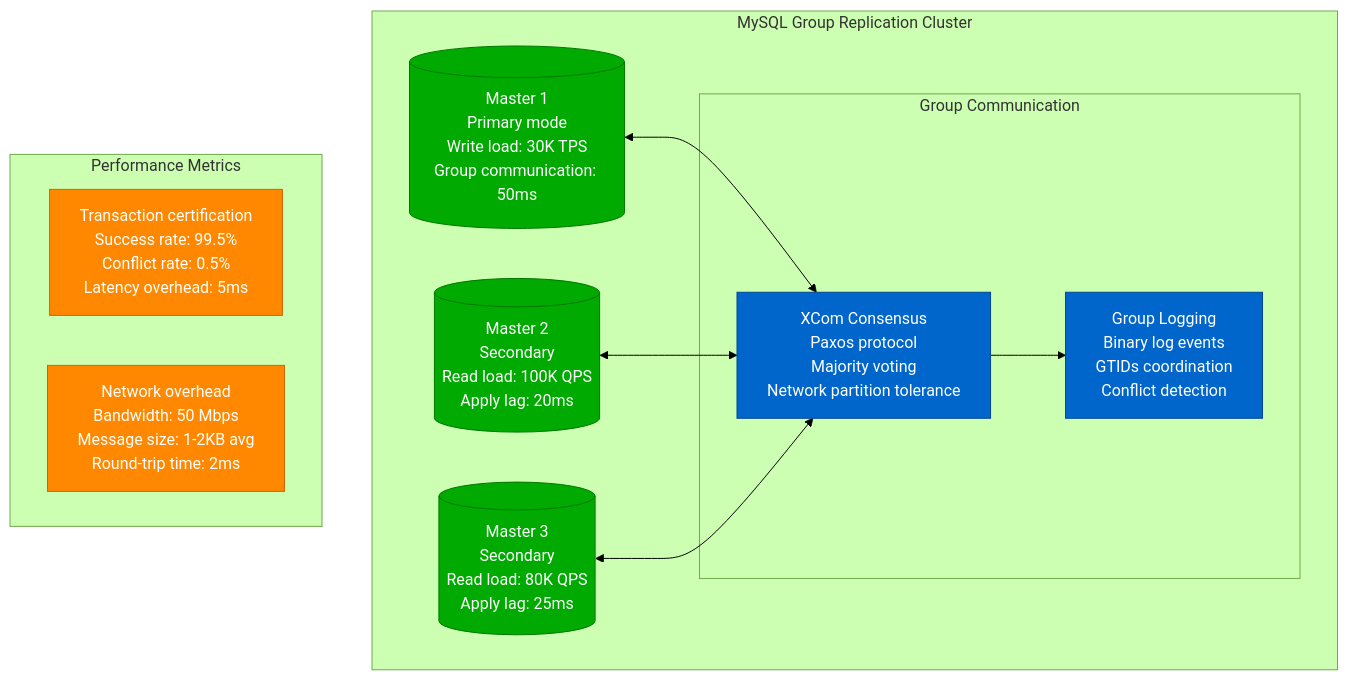
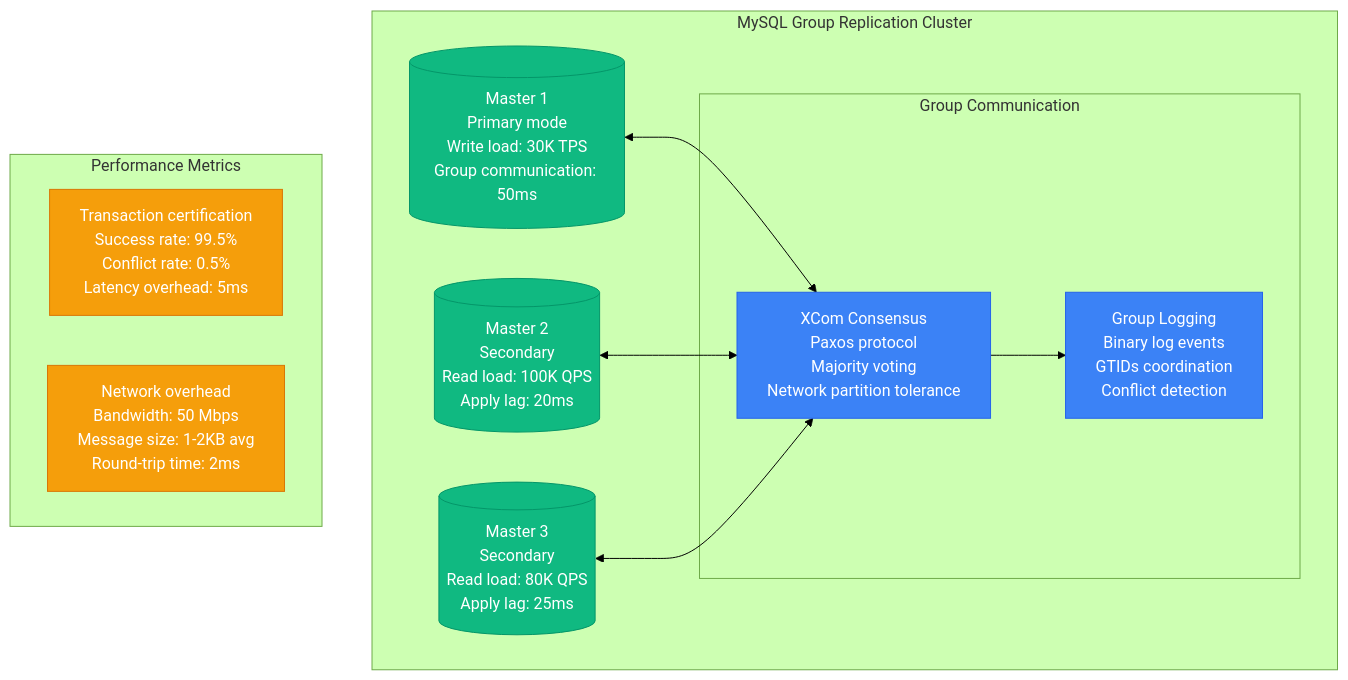
The third of 11 diagrams in site/docs/performance/mysql-performance-profile.md (deepaucksharma/DS), drawn with Mermaid (forest theme) before and after one commit. The commit also changed other lines of this file and 303 other files, not shown here.

````diff
--- a/site/docs/performance/mysql-performance-profile.md
+++ b/site/docs/performance/mysql-performance-profile.md
@@ -139,35 +139,35 @@
 ```mermaid
 graph TB
     subgraph "MySQL Group Replication Cluster"
         M1[(Master 1<br/>Primary mode<br/>Write load: 30K TPS<br/>Group communication: 50ms)]
 
         M2[(Master 2<br/>Secondary<br/>Read load: 100K QPS<br/>Apply lag: 20ms)]
 
         M3[(Master 3<br/>Secondary<br/>Read load: 80K QPS<br/>Apply lag: 25ms)]
 
         subgraph "Group Communication"
             GC[XCom Consensus<br/>Paxos protocol<br/>Majority voting<br/>Network partition tolerance]
 
             GL[Group Logging<br/>Binary log events<br/>GTIDs coordination<br/>Conflict detection]
         end
 
         M1 <--> GC
         M2 <--> GC
         M3 <--> GC
         GC --> GL
     end
 
     subgraph "Performance Metrics"
         P1[Transaction certification<br/>Success rate: 99.5%<br/>Conflict rate: 0.5%<br/>Latency overhead: 5ms]
 
         P2[Network overhead<br/>Bandwidth: 50 Mbps<br/>Message size: 1-2KB avg<br/>Round-trip time: 2ms]
     end
 
-    classDef masterStyle fill:#00AA00,stroke:#007700,color:#fff
-    classDef commStyle fill:#0066CC,stroke:#004499,color:#fff
-    classDef perfStyle fill:#FF8800,stroke:#CC6600,color:#fff
+    classDef masterStyle fill:#10B981,stroke:#059669,color:#fff
+    classDef commStyle fill:#3B82F6,stroke:#2563EB,color:#fff
+    classDef perfStyle fill:#F59E0B,stroke:#D97706,color:#fff
 
     class M1,M2,M3 masterStyle
     class GC,GL commStyle
     class P1,P2 perfStyle
 ```
````
